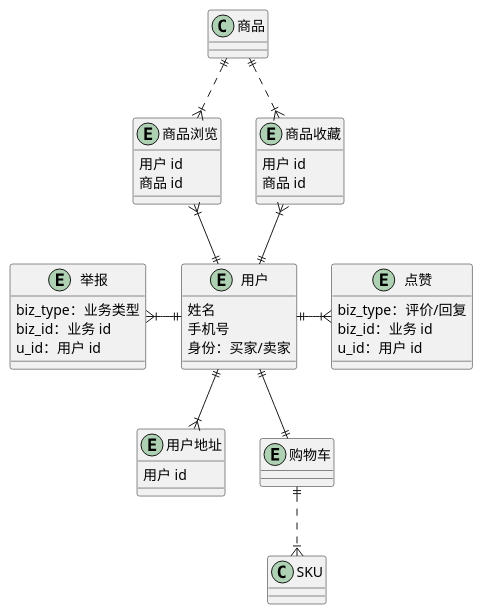
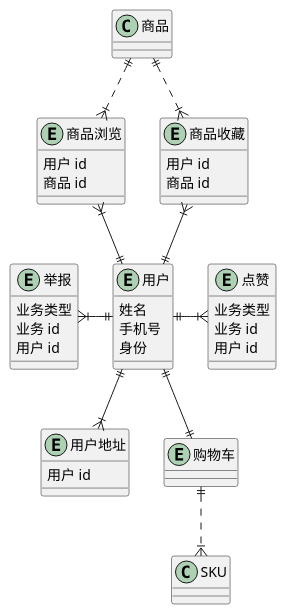
The diagram in 用户.wsd (awesomecat2020/mock-mall), drawn with PlantUML before and after one commit. The commit also changed 4 other files, not shown here.

```diff
--- a/用户.wsd
+++ b/用户.wsd
@@ -1,46 +1,51 @@
 @startuml 用户UML
 
 entity 用户 {
     姓名
     手机号
-    身份：买家/卖家
+    ' 买家/卖家
+    身份
 }
 entity 商品浏览 {
     ' 保存一个月（另定）
     用户 id
     商品 id
 }
 entity 商品收藏 {
     用户 id
     商品 id
 }
 entity 点赞 {
-    biz_type：评价/回复
-    biz_id：业务 id
-    u_id：用户 id
+    ' biz_type 评价/回复
+    业务类型
+    ' biz_id
+    业务 id
+    用户 id
 }
 entity 举报 {
-    biz_type：业务类型
-    biz_id：业务 id
-    u_id：用户 id
+    ' biz_type
+    业务类型
+    ' biz_id
+    业务 id
+    用户 id
 }
 entity 用户地址 {
     用户 id
 }
 entity 购物车 {
 
 }
 
 商品 ||..|{ 商品浏览
 商品浏览 }|--|| 用户
 商品 ||..|{ 商品收藏
 商品收藏 }|--|| 用户
 
 点赞 }|-l-|| 用户
 举报 }|-|| 用户
 
 用户 ||--|{ 用户地址
 用户 ||--|| 购物车
 购物车 ||..|{ SKU
 
 @enduml
```
